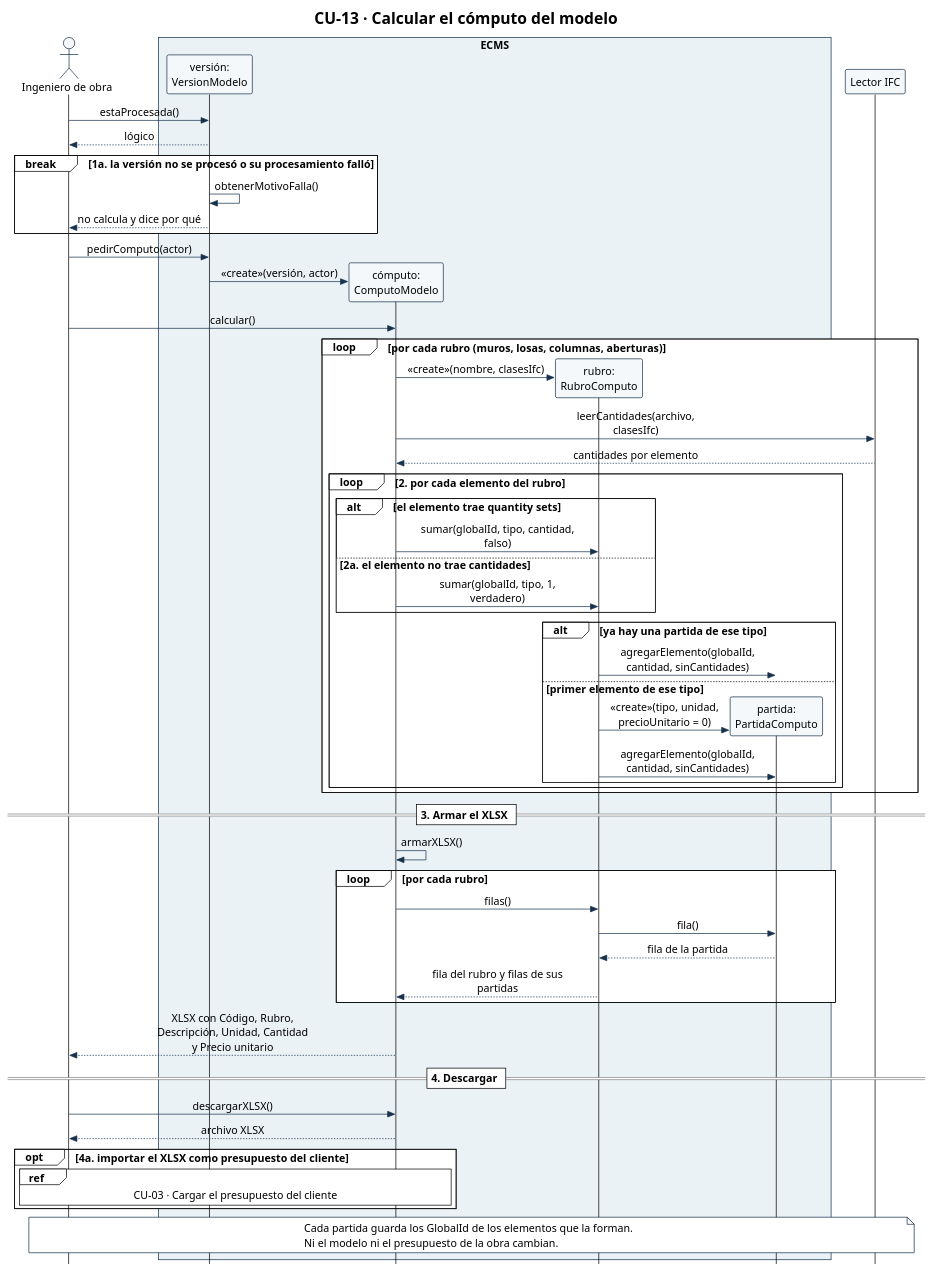
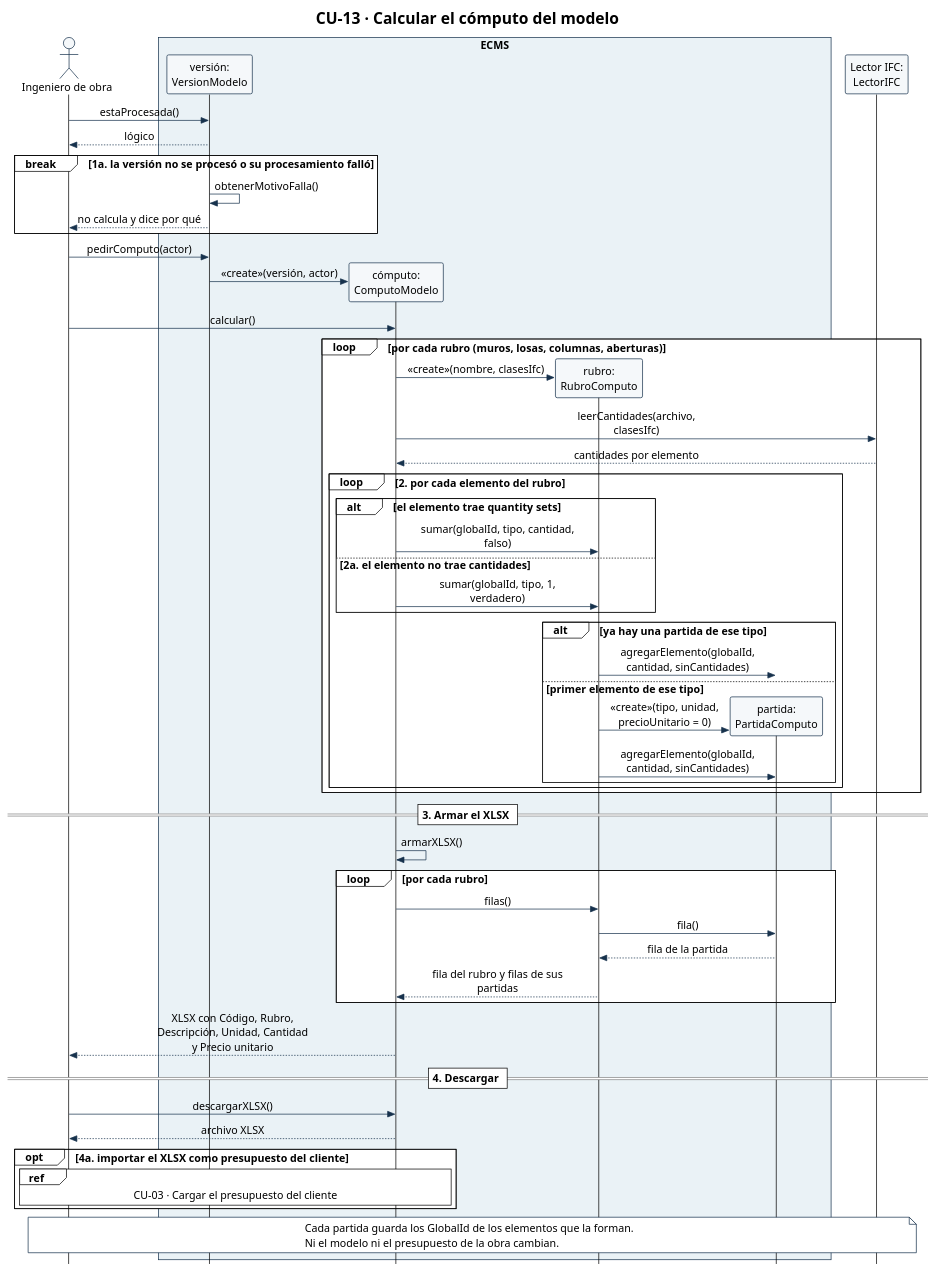
Before and after one commit to Ssrrb/tpf-uca: the diagram in diagramas/CU-13-secuencia.puml, drawn with PlantUML. The commit also changed 26 other files, not shown here.

```diff
--- a/diagramas/CU-13-secuencia.puml
+++ b/diagramas/CU-13-secuencia.puml
@@ -1,86 +1,86 @@
 @startuml
 !theme plain
 skinparam style strictuml
 skinparam shadowing false
 skinparam defaultFontName Arial
 skinparam defaultFontSize 15
 skinparam sequenceMessageAlign center
 skinparam maxMessageSize 220
 skinparam ParticipantPadding 8
 skinparam BoxPadding 6
 skinparam ParticipantBackgroundColor #F5F8FA
 skinparam ParticipantBorderColor #17324D
 skinparam ActorBorderColor #17324D
 skinparam ActorBackgroundColor #F5F8FA
 skinparam ArrowColor #17324D
 skinparam SequenceBoxBorderColor #17324D
 skinparam note {
   BackgroundColor #FFFFFF
   BorderColor #17324D
 }
 hide footbox
 title CU-13 · Calcular el cómputo del modelo
 actor "Ingeniero de obra" as Ing
 box "ECMS" #EAF2F6
 participant "versión:\nVersionModelo" as Ver
 participant "cómputo:\nComputoModelo" as Comp
 participant "rubro:\nRubroComputo" as Rub
 participant "partida:\nPartidaComputo" as Part
 end box
-participant "Lector IFC" as Lector
+participant "Lector IFC:\nLectorIFC" as Lector
 
 Ing -> Ver: estaProcesada()
 Ver --> Ing: lógico
 break 1a. la versión no se procesó o su procesamiento falló
   Ver -> Ver: obtenerMotivoFalla()
   Ver --> Ing: no calcula y dice por qué
 end
 Ing -> Ver: pedirComputo(actor)
 create Comp
 Ver -> Comp: «create»(versión, actor)
 Ing -> Comp: calcular()
 
 loop por cada rubro (muros, losas, columnas, aberturas)
   create Rub
   Comp -> Rub: «create»(nombre, clasesIfc)
   Comp -> Lector: leerCantidades(archivo, clasesIfc)
   Lector --> Comp: cantidades por elemento
   loop 2. por cada elemento del rubro
     alt el elemento trae quantity sets
       Comp -> Rub: sumar(globalId, tipo, cantidad, falso)
     else 2a. el elemento no trae cantidades
       Comp -> Rub: sumar(globalId, tipo, 1, verdadero)
     end
     alt ya hay una partida de ese tipo
       Rub -> Part: agregarElemento(globalId, cantidad, sinCantidades)
     else primer elemento de ese tipo
       create Part
       Rub -> Part: «create»(tipo, unidad, precioUnitario = 0)
       Rub -> Part: agregarElemento(globalId, cantidad, sinCantidades)
     end
   end
 end
 
 == 3. Armar el XLSX ==
 Comp -> Comp: armarXLSX()
 loop por cada rubro
   Comp -> Rub: filas()
   Rub -> Part: fila()
   Part --> Rub: fila de la partida
   Rub --> Comp: fila del rubro y filas de sus partidas
 end
 Comp --> Ing: XLSX con Código, Rubro, Descripción, Unidad, Cantidad y Precio unitario
 
 == 4. Descargar ==
 Ing -> Comp: descargarXLSX()
 Comp --> Ing: archivo XLSX
 
 opt 4a. importar el XLSX como presupuesto del cliente
   ref over Ing, Comp : CU-03 · Cargar el presupuesto del cliente
 end
 
 note over Ing, Lector
   Cada partida guarda los GlobalId de los elementos que la forman.
   Ni el modelo ni el presupuesto de la obra cambian.
 end note
 @enduml
```
